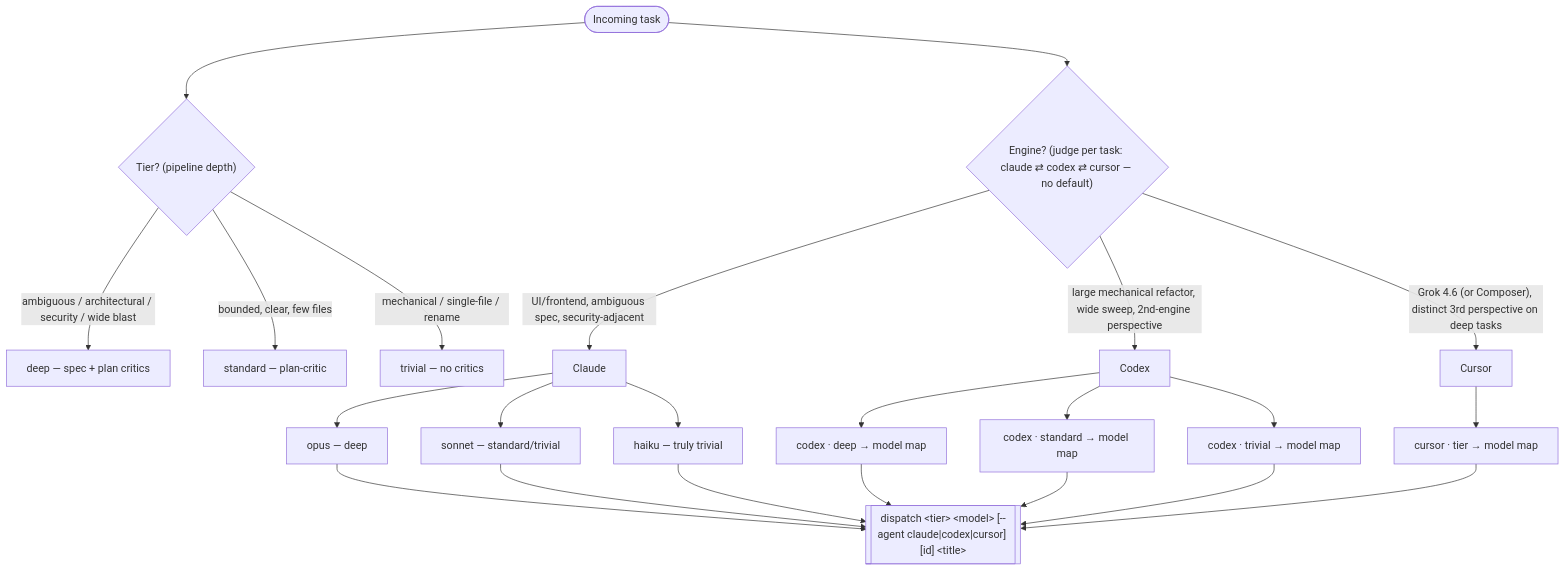
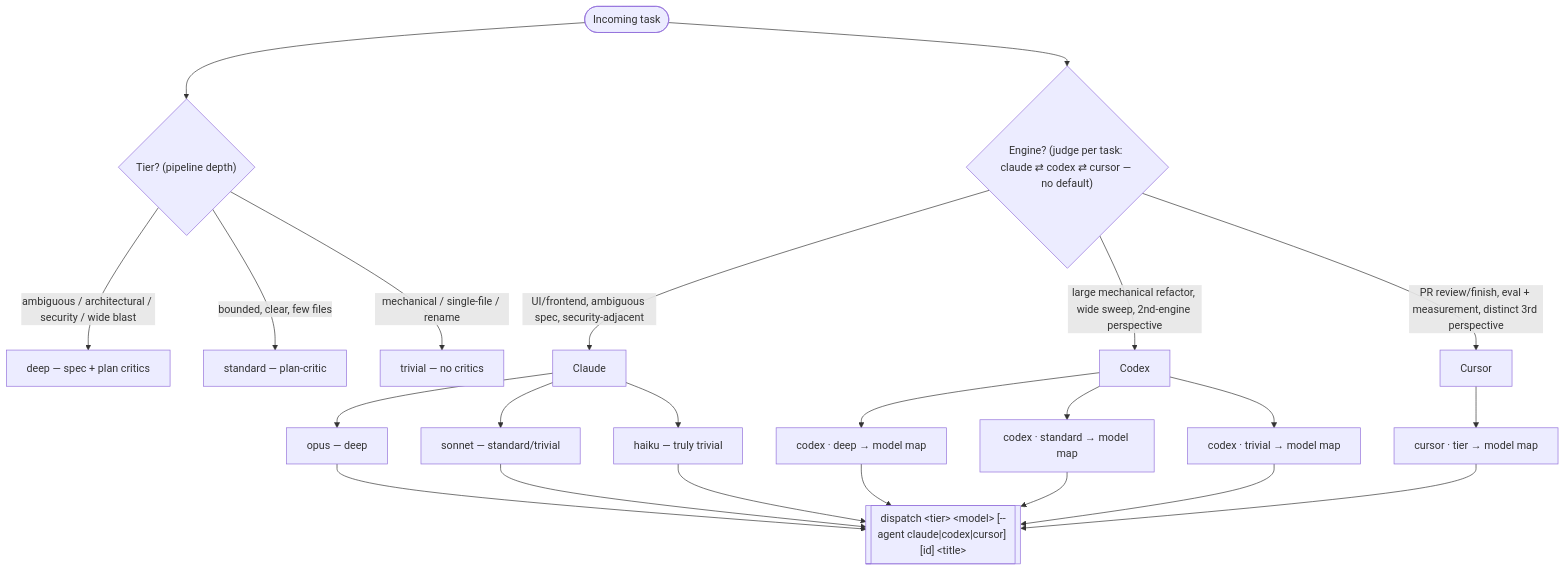
Before and after one commit to noamsto/dispatcher: the diagram in adapters/codex/plugin/protocols/dispatch-orchestration.md, drawn with Mermaid. The commit also changed other lines of this file and 5 other files, not shown here.

````diff
--- a/adapters/codex/plugin/protocols/dispatch-orchestration.md
+++ b/adapters/codex/plugin/protocols/dispatch-orchestration.md
@@ -5,29 +5,29 @@
 ```mermaid
 flowchart TD
     T(["Incoming task"]) --> TIER{"Tier? (pipeline depth)"}
     T --> ENG{"Engine? (judge per task: claude ⇄ codex ⇄ cursor — no default)"}
 
     TIER -->|"ambiguous / architectural / security / wide blast"| DEEP["deep — spec + plan critics"]
     TIER -->|"bounded, clear, few files"| STD["standard — plan-critic"]
     TIER -->|"mechanical / single-file / rename"| TRIV["trivial — no critics"]
 
     ENG -->|"large mechanical refactor, wide sweep, 2nd-engine perspective"| CODEX["Codex"]
     ENG -->|"UI/frontend, ambiguous spec, security-adjacent"| CLAUDE["Claude"]
-    ENG -->|"Grok 4.6 (or Composer), distinct 3rd perspective on deep tasks"| CURSOR["Cursor"]
+    ENG -->|"PR review/finish, eval + measurement, distinct 3rd perspective"| CURSOR["Cursor"]
 
     CLAUDE --> OPUS["opus — deep"]
     CLAUDE --> SONNET["sonnet — standard/trivial"]
     CLAUDE --> HAIKU["haiku — truly trivial"]
     CODEX --> GH["codex · deep → model map"]
     CODEX --> GM["codex · standard → model map"]
     CODEX --> GL["codex · trivial → model map"]
     CURSOR --> CU["cursor · tier → model map"]
 
     OPUS --> D[["dispatch &lt;tier&gt; &lt;model&gt; [--agent claude|codex|cursor] [id] &lt;title&gt;"]]
     SONNET --> D
     HAIKU --> D
     GH --> D
     GM --> D
     GL --> D
     CU --> D
 ```
````
